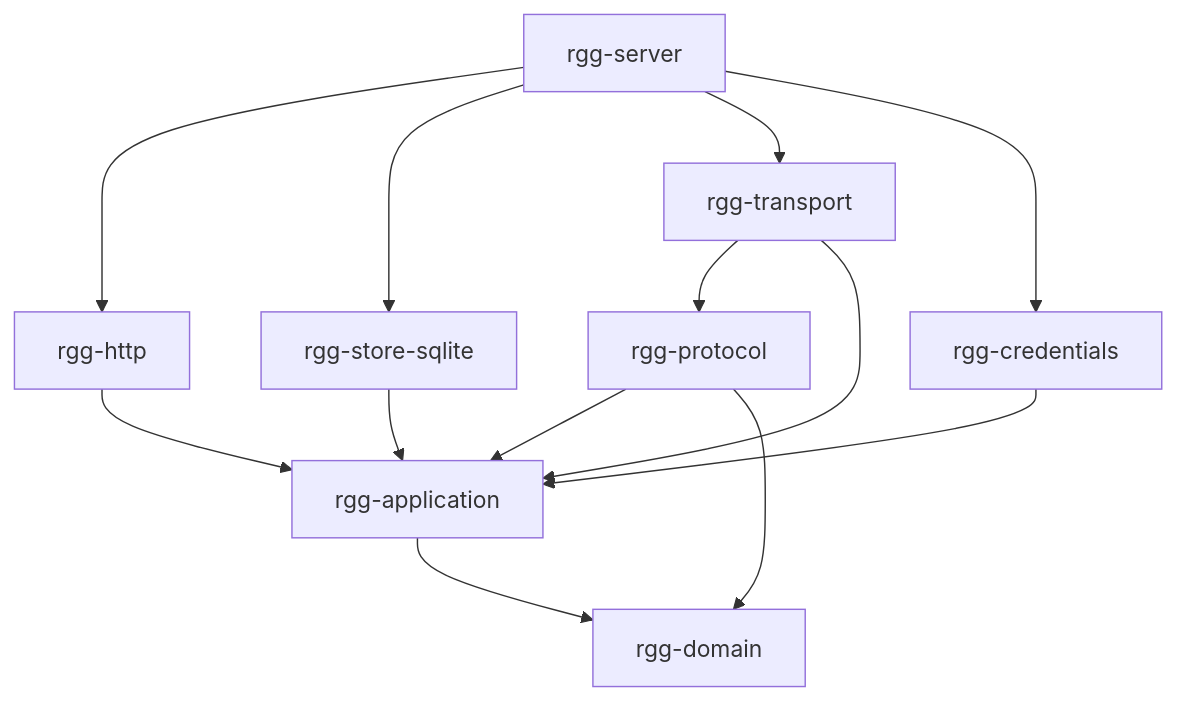
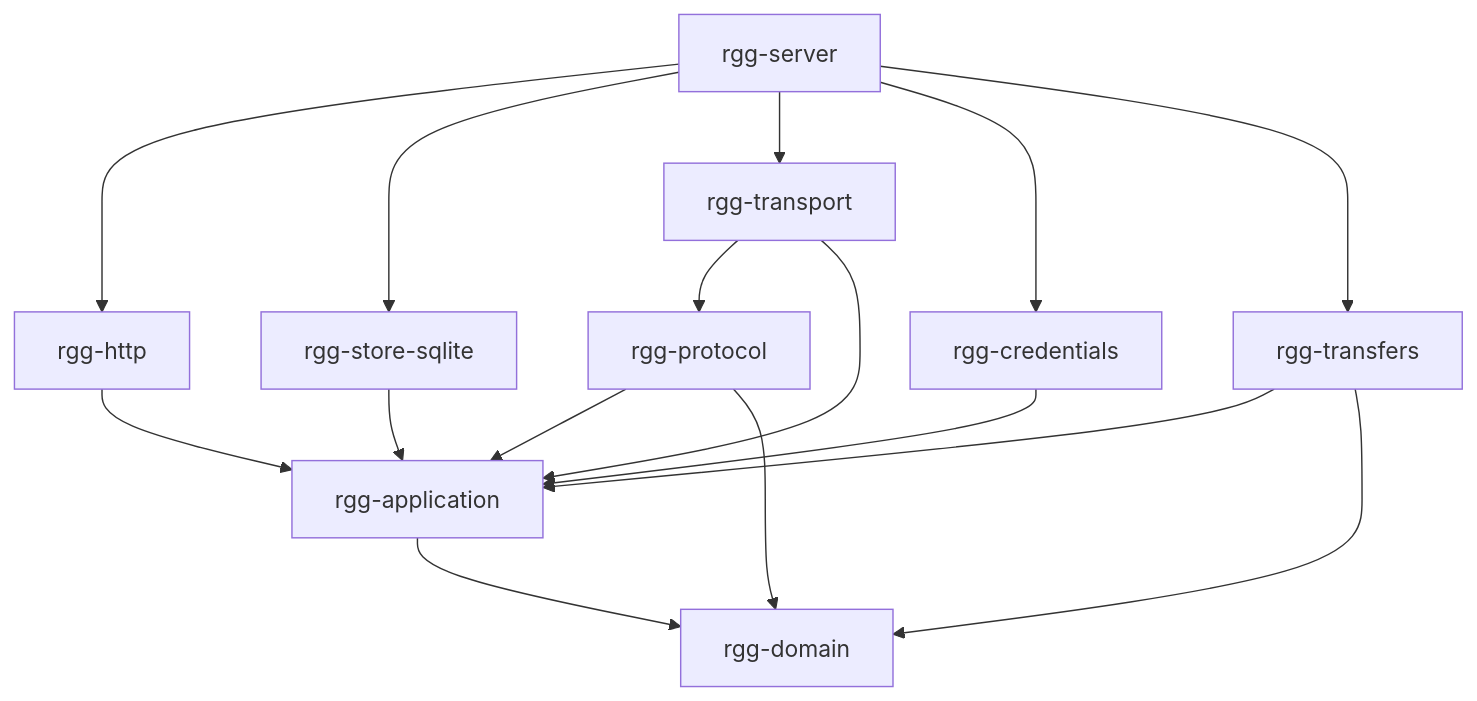
The diagram in README.md (webs1821/retro-gadu), drawn with Mermaid before and after one commit. The commit also changed other lines of this file and 16 other files, not shown here.

````diff
--- a/README.md
+++ b/README.md
@@ -208,15 +215,18 @@
 ```mermaid
 flowchart TD
     Server[rgg-server] --> HTTP[rgg-http]
     Server --> Store[rgg-store-sqlite]
     Server --> Transport[rgg-transport]
     Server --> Credentials[rgg-credentials]
+    Server --> Transfers[rgg-transfers]
+    Transfers --> App[rgg-application]
+    Transfers --> Domain[rgg-domain]
     HTTP --> App[rgg-application]
     Store --> App
     Transport --> Protocol[rgg-protocol]
     Transport --> App
     Credentials --> App
     Protocol --> App
     Protocol --> Domain[rgg-domain]
     App --> Domain
 ```
````
